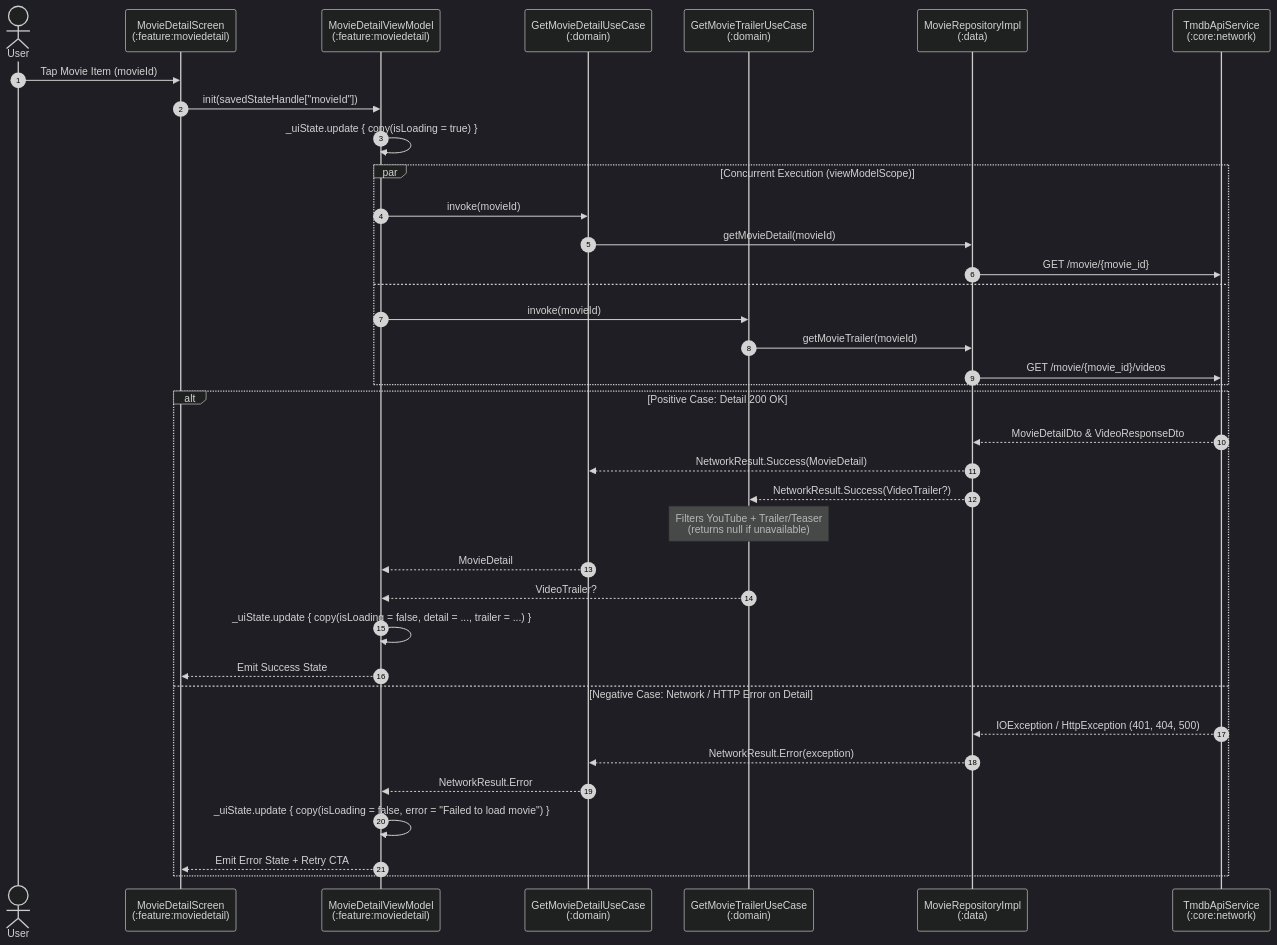
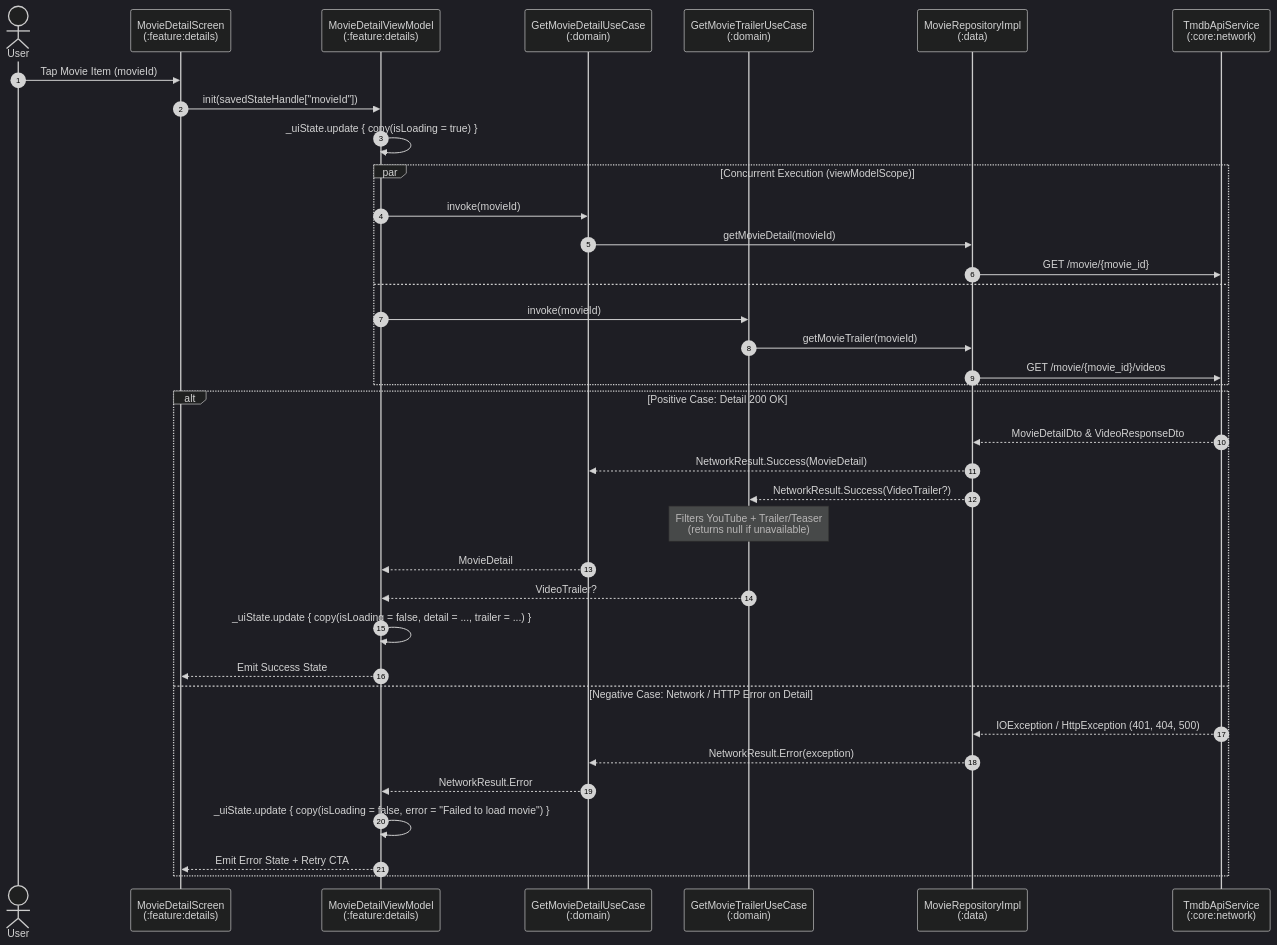
One commit to halimjr11/katha changed the second of 4 diagrams in docs/architecture_engineering_decisions.md. Above: the diagram before and after it, drawn with Mermaid (dark theme). The commit also changed other lines of this file and 4 other files, not shown here.

Commit message:
refactor: convert core:common to Android library and update architecture docs

````diff
--- a/docs/architecture_engineering_decisions.md
+++ b/docs/architecture_engineering_decisions.md
@@ -112,42 +112,42 @@
 ```mermaid
 sequenceDiagram
     autonumber
     actor User
-    participant UI as MovieDetailScreen<br/>(:feature:moviedetail)
-    participant VM as MovieDetailViewModel<br/>(:feature:moviedetail)
+    participant UI as MovieDetailScreen<br/>(:feature:details)
+    participant VM as MovieDetailViewModel<br/>(:feature:details)
     participant UC1 as GetMovieDetailUseCase<br/>(:domain)
     participant UC2 as GetMovieTrailerUseCase<br/>(:domain)
     participant Repo as MovieRepositoryImpl<br/>(:data)
     participant API as TmdbApiService<br/>(:core:network)
 
     User->>UI: Tap Movie Item (movieId)
     UI->>VM: init(savedStateHandle["movieId"])
     VM->>VM: _uiState.update { copy(isLoading = true) }
 
     par Concurrent Execution (viewModelScope)
         VM->>UC1: invoke(movieId)
         UC1->>Repo: getMovieDetail(movieId)
         Repo->>API: GET /movie/{movie_id}
     and
         VM->>UC2: invoke(movieId)
         UC2->>Repo: getMovieTrailer(movieId)
         Repo->>API: GET /movie/{movie_id}/videos
     end
 
     alt Positive Case: Detail 200 OK
         API-->>Repo: MovieDetailDto & VideoResponseDto
         Repo-->>UC1: NetworkResult.Success(MovieDetail)
         Repo-->>UC2: NetworkResult.Success(VideoTrailer?)
         Note over UC2: Filters YouTube + Trailer/Teaser<br/>(returns null if unavailable)
         UC1-->>VM: MovieDetail
         UC2-->>VM: VideoTrailer?
         VM->>VM: _uiState.update { copy(isLoading = false, detail = ..., trailer = ...) }
         VM-->>UI: Emit Success State
     else Negative Case: Network / HTTP Error on Detail
         API-->>Repo: IOException / HttpException (401, 404, 500)
         Repo-->>UC1: NetworkResult.Error(exception)
         UC1-->>VM: NetworkResult.Error
         VM->>VM: _uiState.update { copy(isLoading = false, error = "Failed to load movie") }
         VM-->>UI: Emit Error State + Retry CTA
     end
 ```
````
